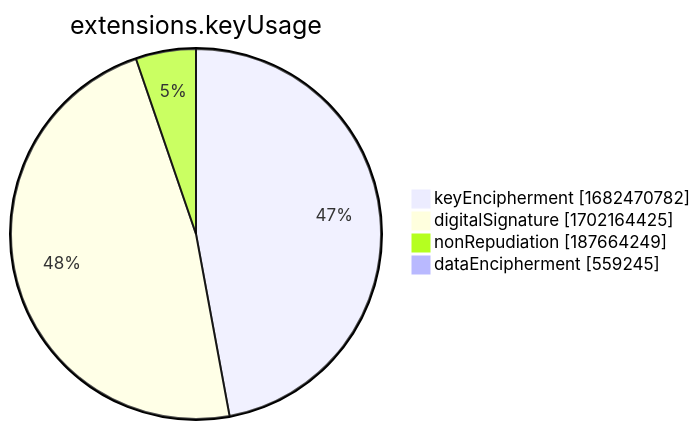
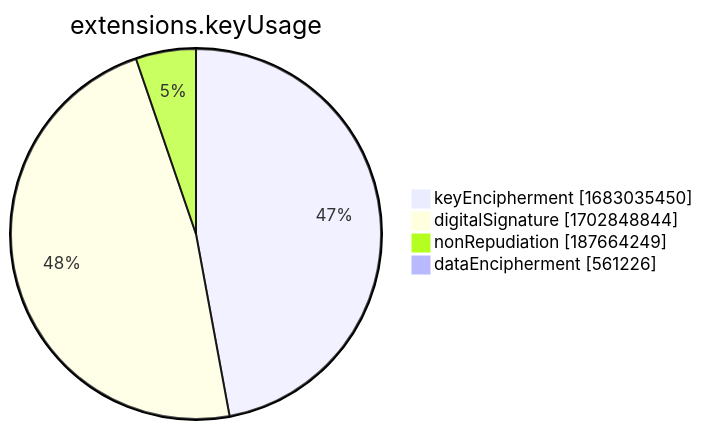
The seventh of 15 diagrams in xenon2022/README.md (christiankrug/ctmonitor_visualization), drawn with Mermaid before and after one commit. The commit also changed other lines of this file, not shown here.

````diff
--- a/xenon2022/README.md
+++ b/xenon2022/README.md
@@ -2857,8 +2857,8 @@
 ```mermaid
 pie showData
 title extensions.keyUsage
-"keyEncipherment" :1682470782
-"digitalSignature" :1702164425
+"keyEncipherment" :1683035450
+"digitalSignature" :1702848844
 "nonRepudiation" :187664249
-"dataEncipherment" :559245
+"dataEncipherment" :561226
 ```
````
